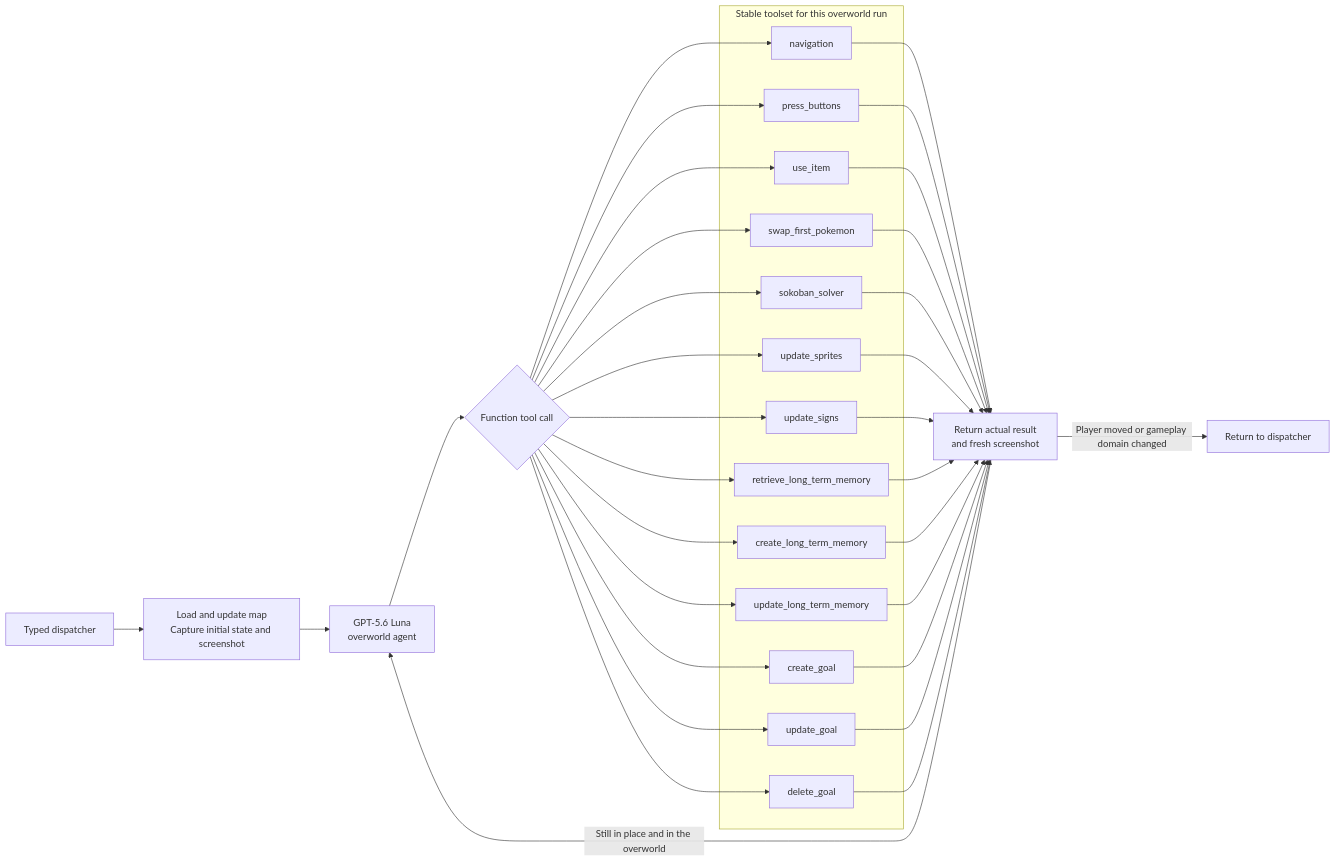
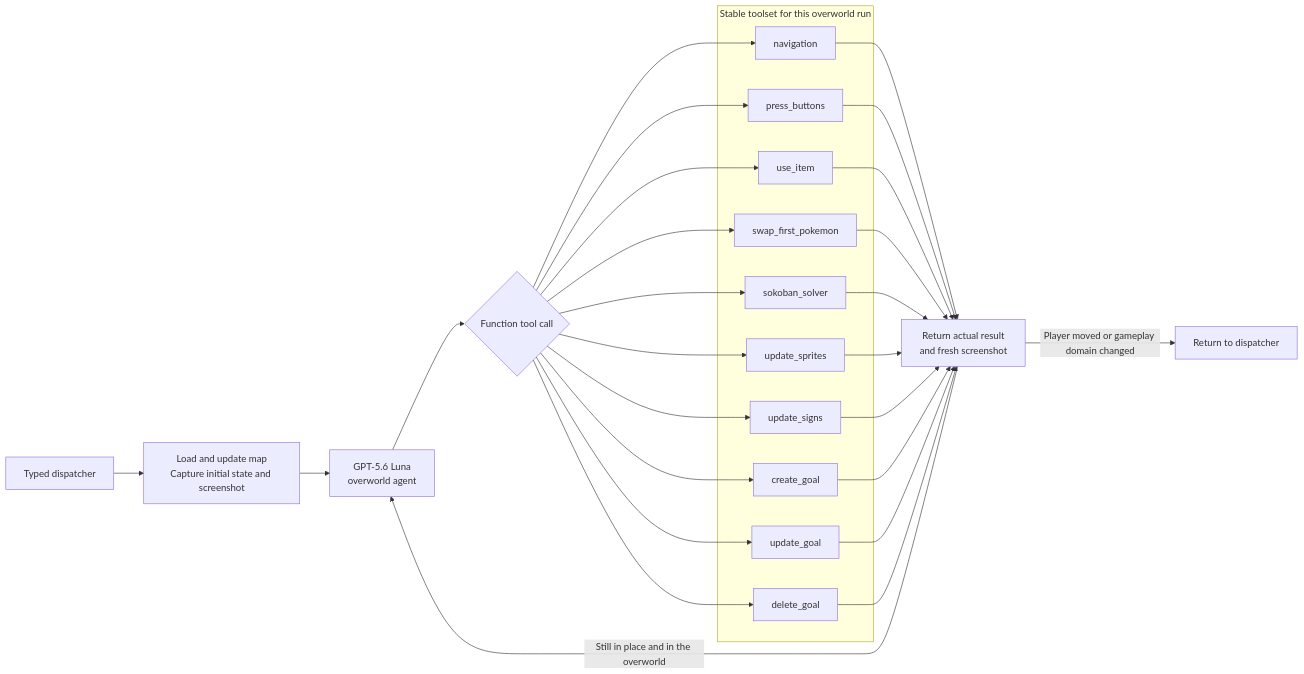
Before and after one commit to clambro/ai-plays-pokemon: the second of 4 diagrams in docs/workflow.md, drawn with Mermaid. The commit also changed other lines of this file and 31 other files, not shown here.

First line of the commit message:
Remove long-term memory

````diff
--- a/docs/workflow.md
+++ b/docs/workflow.md
@@ -51,53 +51,44 @@
 ```mermaid
 flowchart LR
     dispatch["Typed dispatcher"] --> prepare["Load and update map<br/>Capture initial state and screenshot"]
     prepare --> agent["GPT-5.6 Luna<br/>overworld agent"]
     agent --> choice{"Function tool call"}
 
     subgraph toolset["Stable toolset for this overworld run"]
         navigate["navigation"]
         buttons["press_buttons"]
         item["use_item"]
         swap["swap_first_pokemon"]
         sokoban["sokoban_solver"]
         sprites["update_sprites"]
         signs["update_signs"]
-        retrieve_memory["retrieve_long_term_memory"]
-        create_memory["create_long_term_memory"]
-        update_memory["update_long_term_memory"]
         create_goal["create_goal"]
         update_goal["update_goal"]
         delete_goal["delete_goal"]
     end
 
     choice --> navigate
     choice --> buttons
     choice --> item
     choice --> swap
     choice --> sokoban
     choice --> sprites
     choice --> signs
-    choice --> retrieve_memory
-    choice --> create_memory
-    choice --> update_memory
     choice --> create_goal
     choice --> update_goal
     choice --> delete_goal
 
     navigate --> observe["Return actual result<br/>and fresh screenshot"]
     buttons --> observe
     item --> observe
     swap --> observe
     sokoban --> observe
     sprites --> observe
     signs --> observe
-    retrieve_memory --> observe
-    create_memory --> observe
-    update_memory --> observe
     create_goal --> observe
     update_goal --> observe
     delete_goal --> observe
 
     observe -->|"Still in place and in the overworld"| agent
     observe -->|"Player moved or gameplay domain changed"| finish["Return to dispatcher"]
 ```
````
